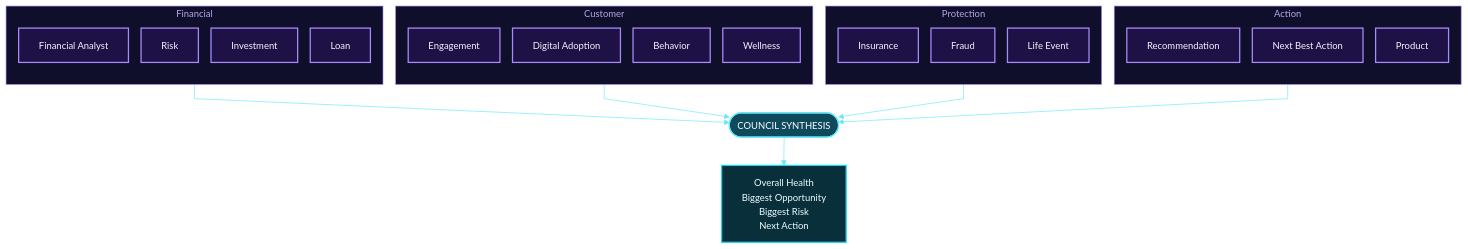
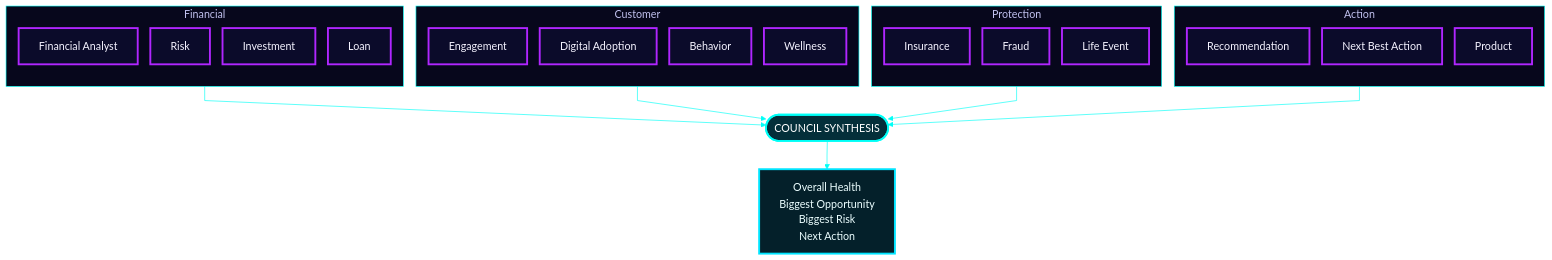
Before and after one commit to Mansi232323/MANSHORA: diagram 11 of 17 in README.md, drawn with Mermaid. The commit also changed other lines of this file, not shown here.

````diff
--- a/README.md
+++ b/README.md
@@ -375,41 +422,41 @@
 ```mermaid
-%%{init: {'theme':'base','themeVariables':{'fontSize':'15px','fontFamily':'Arial, Helvetica, sans-serif','primaryColor':'#1e1145','primaryTextColor':'#f5f3ff','primaryBorderColor':'#a78bfa','lineColor':'#67e8f9','textColor':'#f5f3ff','edgeLabelBackground':'#1e1145','clusterBkg':'#0f0f2b','clusterBorder':'#a78bfa'},'flowchart':{'htmlLabels':true,'nodeSpacing':20,'rankSpacing':45,'padding':16,'curve':'linear'}}}%%
+%%{init: {'theme':'base','themeVariables':{'fontSize':'17px','fontFamily':'Arial, Helvetica, sans-serif','primaryColor':'#0b0b2a','primaryTextColor':'#f5f3ff','primaryBorderColor':'#b026ff','lineColor':'#00fff7','textColor':'#f5f3ff','edgeLabelBackground':'#0b0b2a','clusterBkg':'#07071c','clusterBorder':'#00fff7'},'flowchart':{'htmlLabels':true,'nodeSpacing':20,'rankSpacing':45,'padding':16,'curve':'linear'}}}%%
 flowchart TB
     subgraph G1["Financial"]
         direction TB
         a1["Financial Analyst"]
         a2["Risk"]
         a3["Investment"]
         a4["Loan"]
     end
     subgraph G2["Customer"]
         direction TB
         a5["Engagement"]
         a6["Digital Adoption"]
         a7["Behavior"]
         a8["Wellness"]
     end
     subgraph G3["Protection"]
         direction TB
         a9["Insurance"]
         a10["Fraud"]
         a11["Life Event"]
     end
     subgraph G4["Action"]
         direction TB
         a12["Recommendation"]
         a13["Next Best Action"]
         a14["Product"]
     end
     G1 --> S
     G2 --> S
     G3 --> S
     G4 --> S
     S(["COUNCIL SYNTHESIS"]) --> R["Overall Health<br/>Biggest Opportunity<br/>Biggest Risk<br/>Next Action"]
-    classDef agent fill:#1e1145,stroke:#a78bfa,stroke-width:2px,color:#f5f3ff
-    classDef core fill:#0e4a5c,stroke:#67e8f9,stroke-width:2px,color:#ffffff
-    classDef out fill:#082f3a,stroke:#22d3ee,stroke-width:2px,color:#ecfeff
+    classDef agent fill:#0b0b2a,stroke:#b026ff,stroke-width:3px,color:#f5f3ff
+    classDef core fill:#042f3a,stroke:#00fff7,stroke-width:3px,color:#ffffff
+    classDef out fill:#04202a,stroke:#00e5ff,stroke-width:3px,color:#ecfeff
     class a1,a2,a3,a4,a5,a6,a7,a8,a9,a10,a11,a12,a13,a14 agent
     class S core
     class R out
 ```
````
